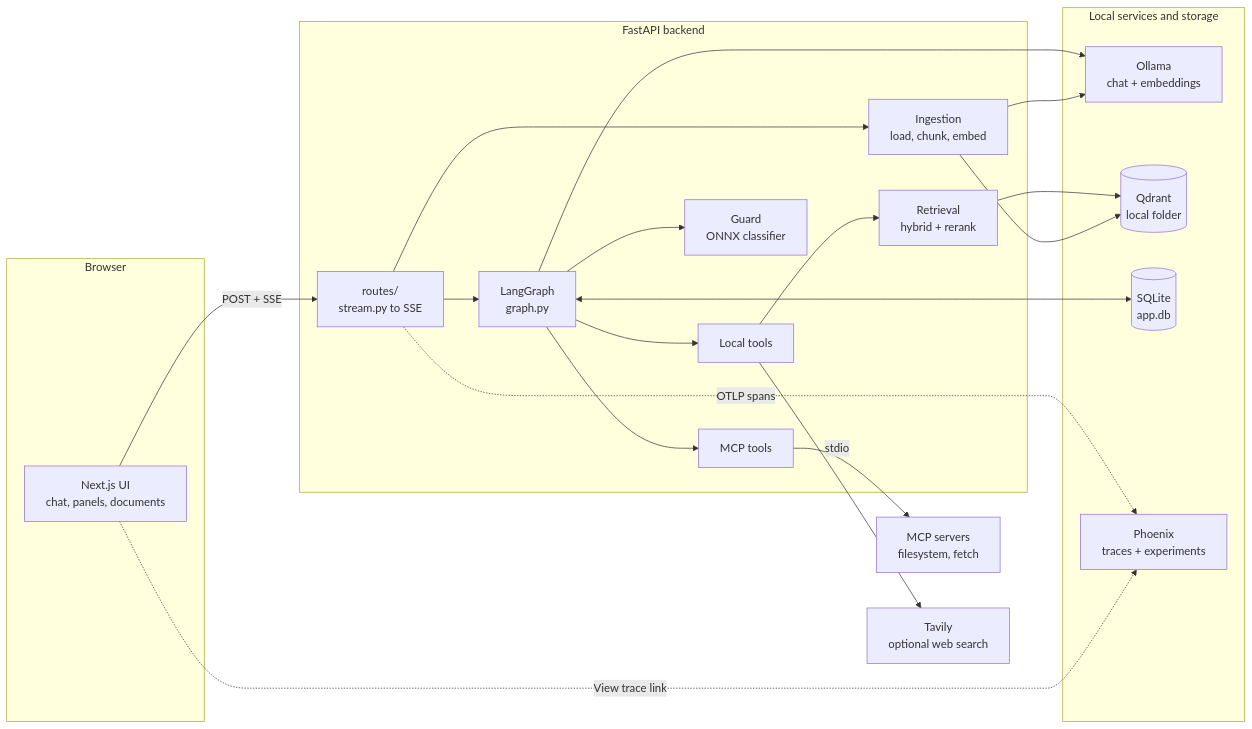
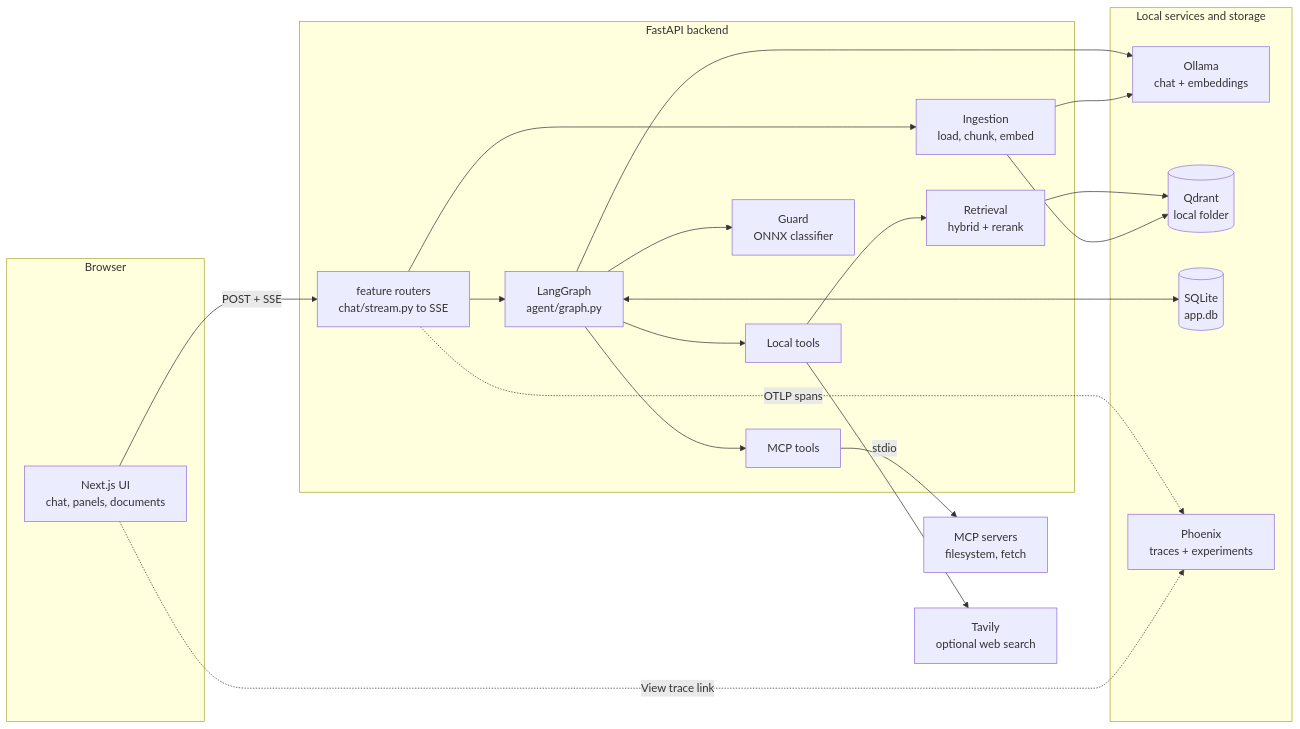
One commit to sheddyboy/agent_chat changed the first of 10 diagrams in README.md. Above: the diagram before and after it, drawn with Mermaid. The commit also changed other lines of this file, not shown here.

Commit message:
docs: feature-folder layout in README and project rules

````diff
--- a/README.md
+++ b/README.md
@@ -46,43 +46,43 @@
 ```mermaid
 flowchart LR
     subgraph Browser
         UI["Next.js UI<br/>chat, panels, documents"]
     end
 
     subgraph Backend["FastAPI backend"]
-        API["routes/<br/>stream.py to SSE"]
-        G["LangGraph<br/>graph.py"]
+        API["feature routers<br/>chat/stream.py to SSE"]
+        G["LangGraph<br/>agent/graph.py"]
         T["Local tools"]
         M["MCP tools"]
         GU["Guard<br/>ONNX classifier"]
         ING["Ingestion<br/>load, chunk, embed"]
         RET["Retrieval<br/>hybrid + rerank"]
     end
 
     subgraph Local["Local services and storage"]
         OL["Ollama<br/>chat + embeddings"]
         QD[("Qdrant<br/>local folder")]
         SQ[("SQLite<br/>app.db")]
         PH["Phoenix<br/>traces + experiments"]
     end
 
     MCPS["MCP servers<br/>filesystem, fetch"]
     TAV["Tavily<br/>optional web search"]
 
     UI -- "POST + SSE" --> API
     API --> G
     G --> GU
     G --> OL
     G --> T
     G --> M
     G <--> SQ
     T --> RET
     T --> TAV
     RET --> QD
     API --> ING
     ING --> OL
     ING --> QD
     M -- stdio --> MCPS
     API -. OTLP spans .-> PH
     UI -. "View trace" link .-> PH
 ```
````
